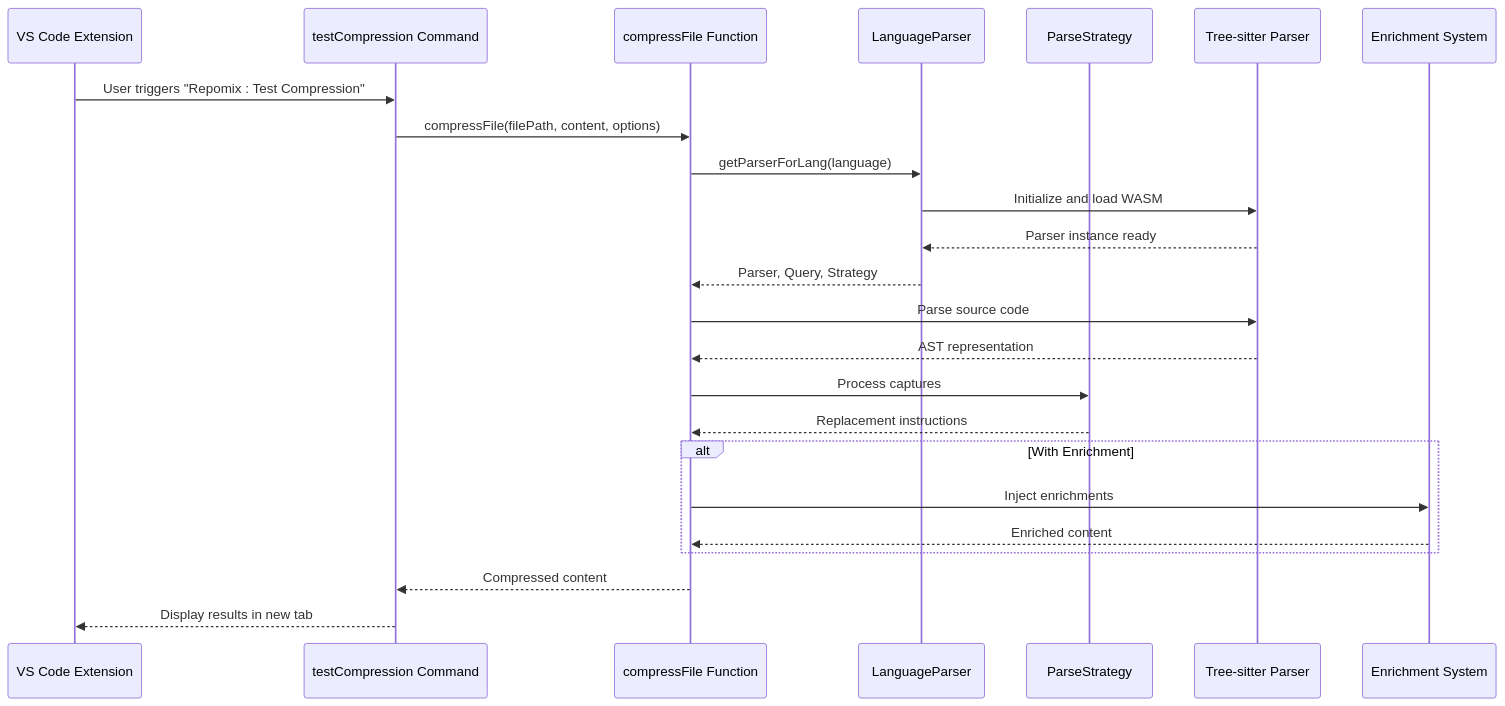
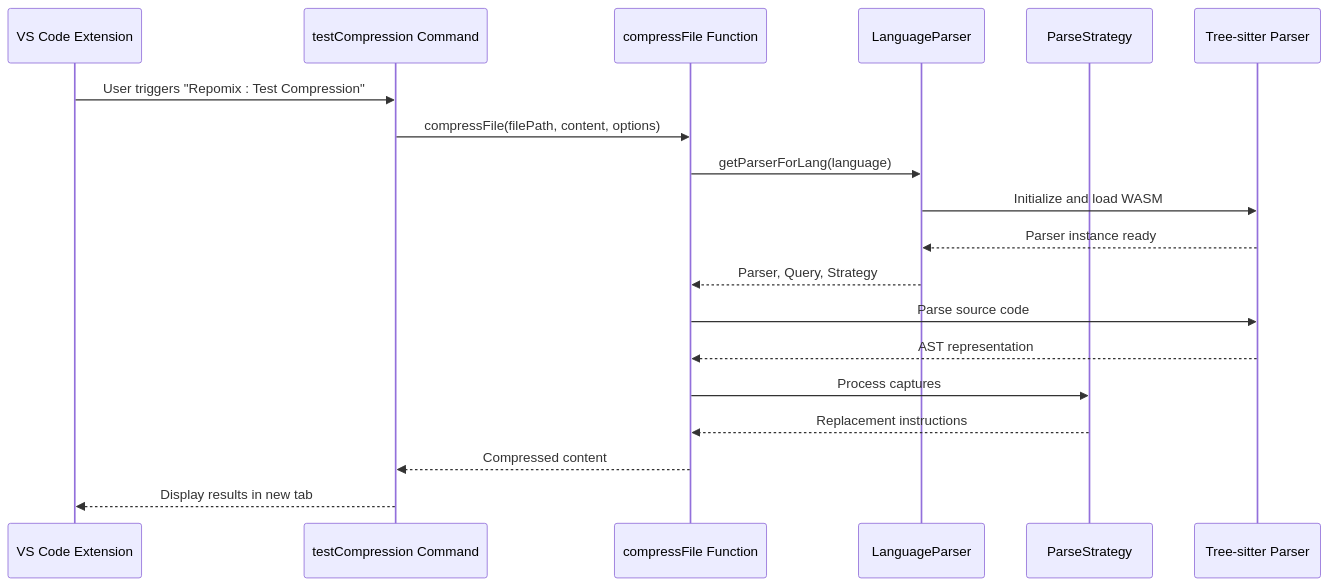
One commit to bramburn/repomix-runner changed the second of 6 diagrams in .qoder/repowiki/en/content/Testing Framework/Compression Testing Framework.md. Above: the diagram before and after it, drawn with Mermaid. The commit also changed other lines of this file and 41 other files, not shown here.

````diff
--- a/.qoder/repowiki/en/content/Testing Framework/Compression Testing Framework.md
+++ b/.qoder/repowiki/en/content/Testing Framework/Compression Testing Framework.md
@@ -124,26 +109,21 @@
 ```mermaid
 sequenceDiagram
 participant VSCode as VS Code Extension
 participant Command as testCompression Command
 participant Compressor as compressFile Function
 participant Parser as LanguageParser
 participant Strategy as ParseStrategy
 participant TreeSitter as Tree-sitter Parser
-participant Enrichment as Enrichment System
 VSCode->>Command : User triggers "Repomix : Test Compression"
 Command->>Compressor : compressFile(filePath, content, options)
 Compressor->>Parser : getParserForLang(language)
 Parser->>TreeSitter : Initialize and load WASM
 TreeSitter-->>Parser : Parser instance ready
 Parser-->>Compressor : Parser, Query, Strategy
 Compressor->>TreeSitter : Parse source code
 TreeSitter-->>Compressor : AST representation
 Compressor->>Strategy : Process captures
 Strategy-->>Compressor : Replacement instructions
-alt With Enrichment
-Compressor->>Enrichment : Inject enrichments
-Enrichment-->>Compressor : Enriched content
-end
 Compressor-->>Command : Compressed content
 Command-->>VSCode : Display results in new tab
 ```
````
